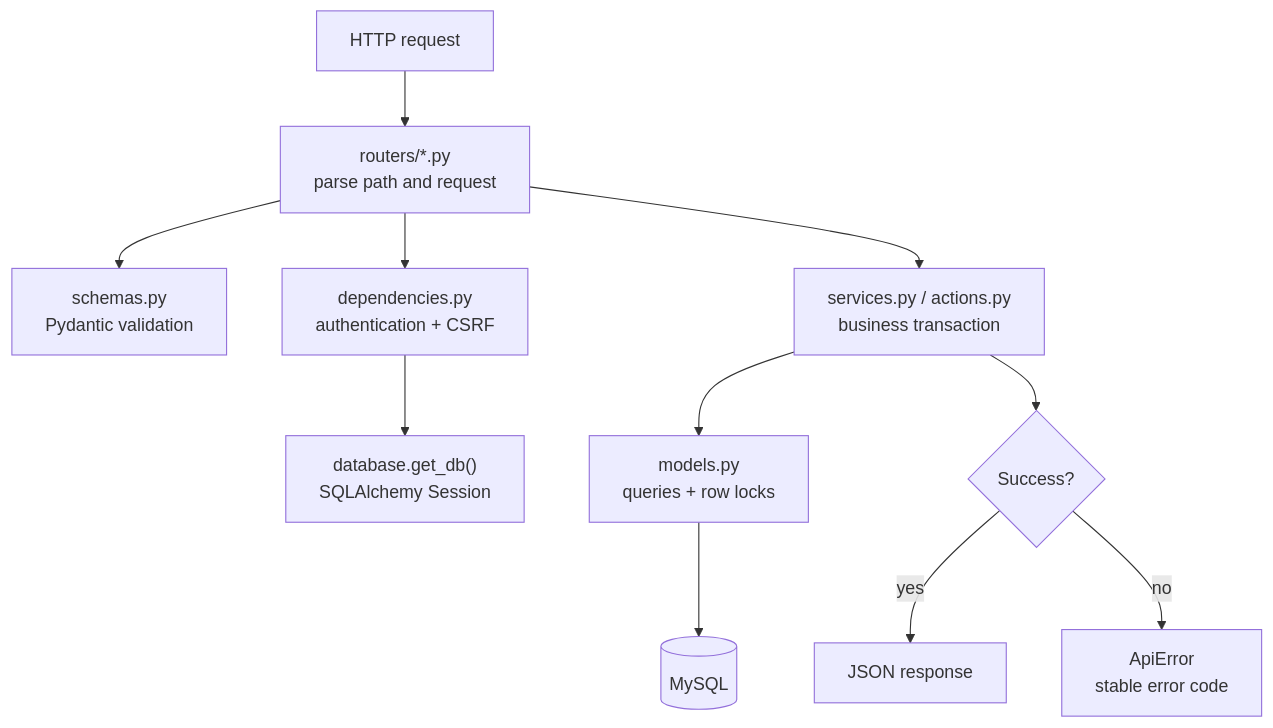
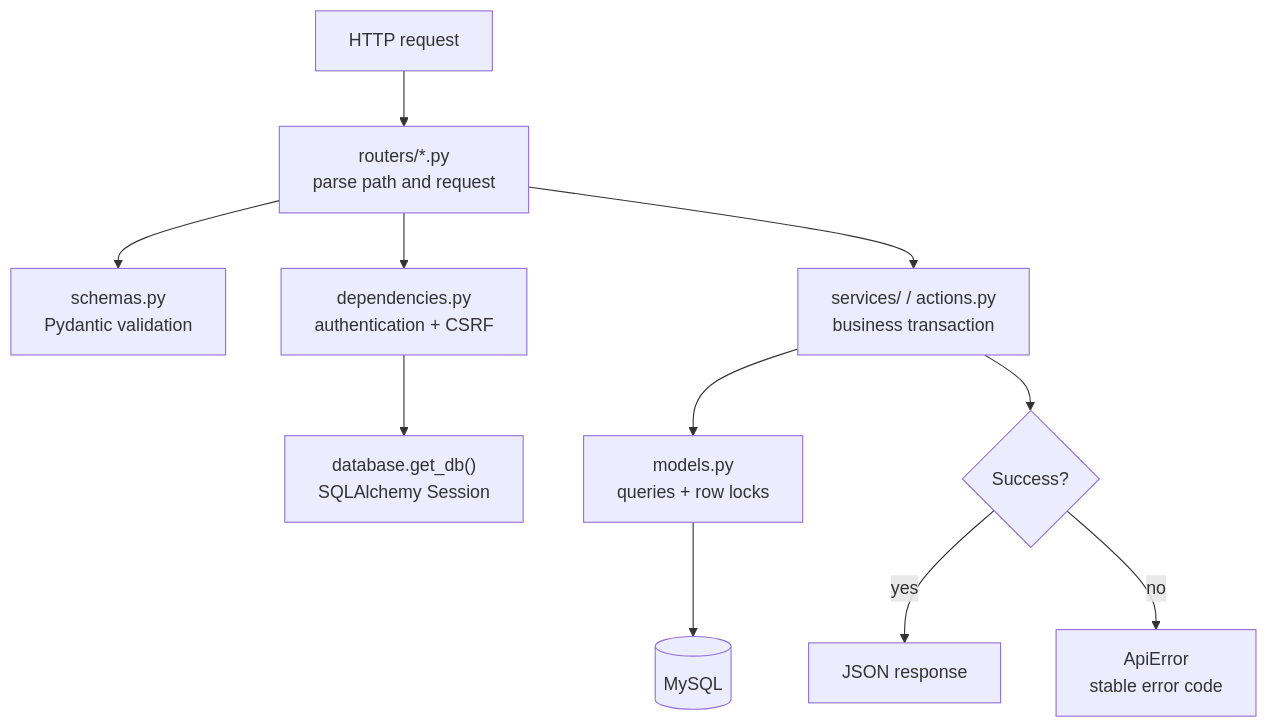
Before and after one commit to BlitzYp/event-manager-service: the second of 5 diagrams in DEVELOPER_GUIDE.md, drawn with Mermaid. The commit also changed other lines of this file and 70 other files, not shown here.

````diff
--- a/DEVELOPER_GUIDE.md
+++ b/DEVELOPER_GUIDE.md
@@ -311,13 +365,13 @@
 ```mermaid
 flowchart TD
     Request["HTTP request"] --> Router["routers/*.py\nparse path and request"]
     Router --> Schema["schemas.py\nPydantic validation"]
     Router --> Dependency["dependencies.py\nauthentication + CSRF"]
     Dependency --> Session["database.get_db()\nSQLAlchemy Session"]
-    Router --> Service["services.py / actions.py\nbusiness transaction"]
+    Router --> Service["services/ / actions.py\nbusiness transaction"]
     Service --> Model["models.py\nqueries + row locks"]
     Model --> MySQL[("MySQL")]
     Service --> Commit{"Success?"}
     Commit -->|"yes"| Response["JSON response"]
     Commit -->|"no"| Error["ApiError\nstable error code"]
 ```
````
